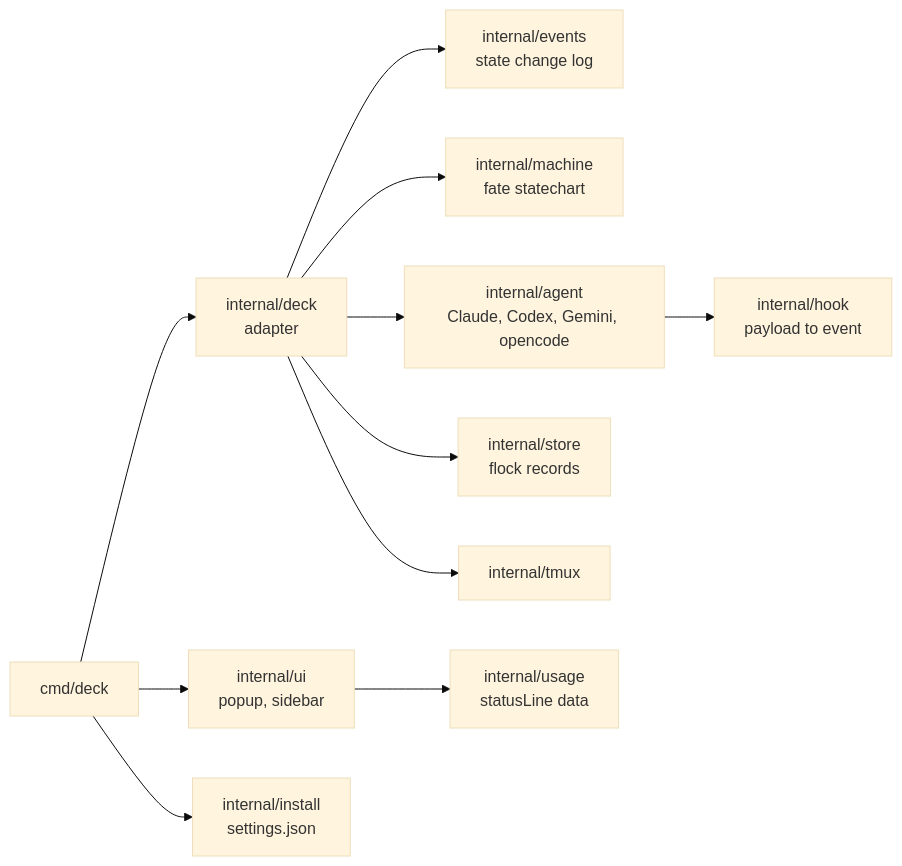
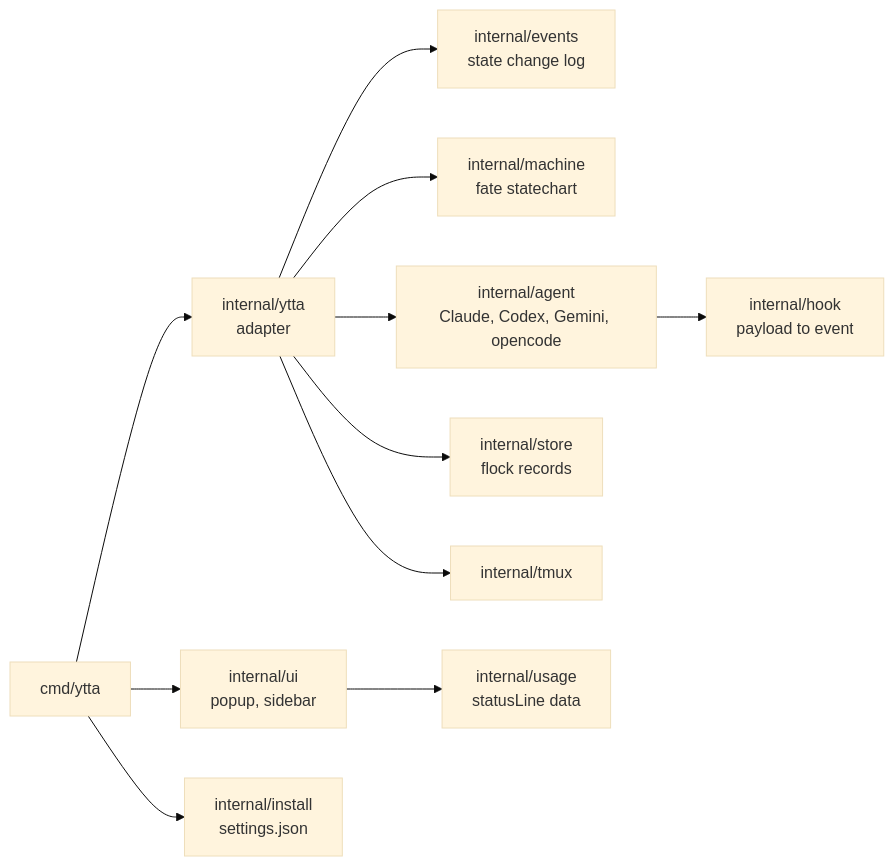
Before and after one commit to arisros/tmux-agent-deck: the fourth of 4 diagrams in README.md, drawn with Mermaid (base theme). The commit also changed other lines of this file and 47 other files, not shown here.

First line of the commit message:
refactor!: rename tmux-agent-deck to ytta

````diff
--- a/README.md
+++ b/README.md
@@ -257,13 +257,13 @@
 ```mermaid
 flowchart LR
-  cmd[cmd/deck] --> deck[internal/deck<br/>adapter]
+  cmd[cmd/ytta] --> ytta[internal/ytta<br/>adapter]
   cmd --> ui[internal/ui<br/>popup, sidebar]
   cmd --> install[internal/install<br/>settings.json]
-  deck --> events[internal/events<br/>state change log]
-  deck --> machine[internal/machine<br/>fate statechart]
-  deck --> agent[internal/agent<br/>Claude, Codex, Gemini, opencode]
+  ytta --> events[internal/events<br/>state change log]
+  ytta --> machine[internal/machine<br/>fate statechart]
+  ytta --> agent[internal/agent<br/>Claude, Codex, Gemini, opencode]
   agent --> hook[internal/hook<br/>payload to event]
-  deck --> store[internal/store<br/>flock records]
-  deck --> tmux[internal/tmux]
+  ytta --> store[internal/store<br/>flock records]
+  ytta --> tmux[internal/tmux]
   ui --> usage[internal/usage<br/>statusLine data]
 ```
````
